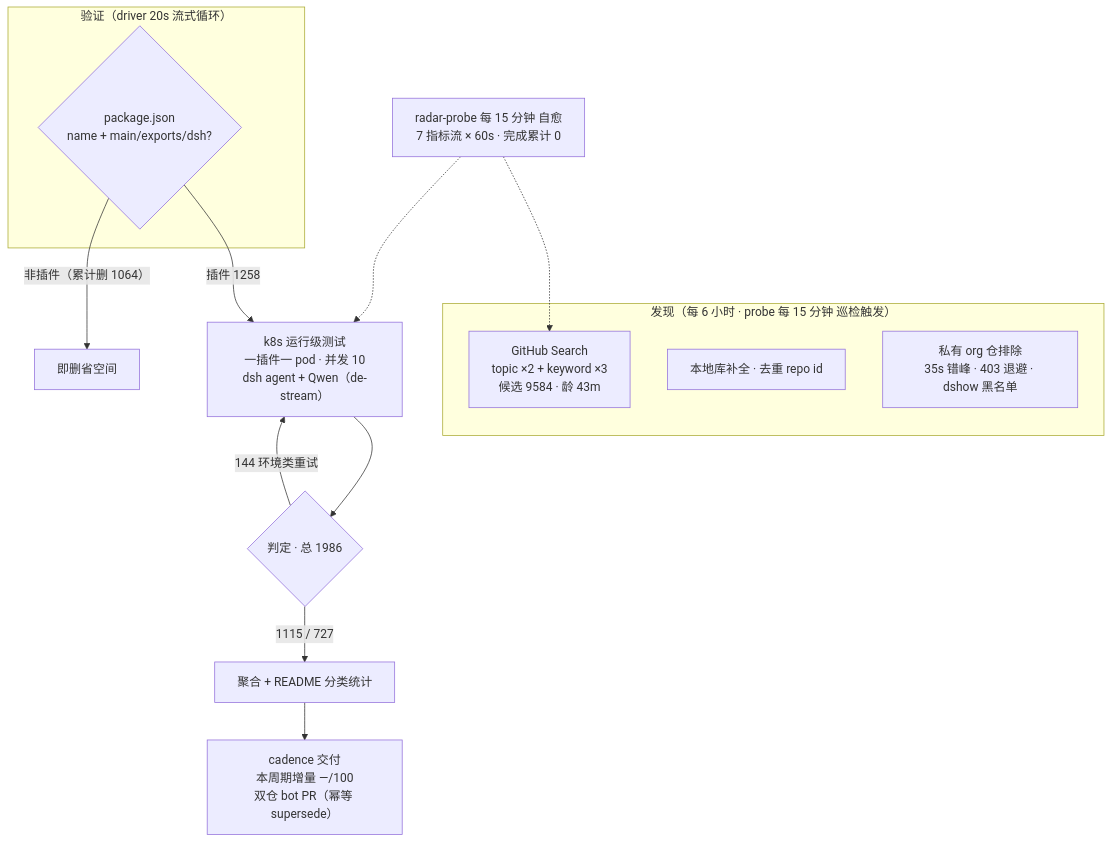
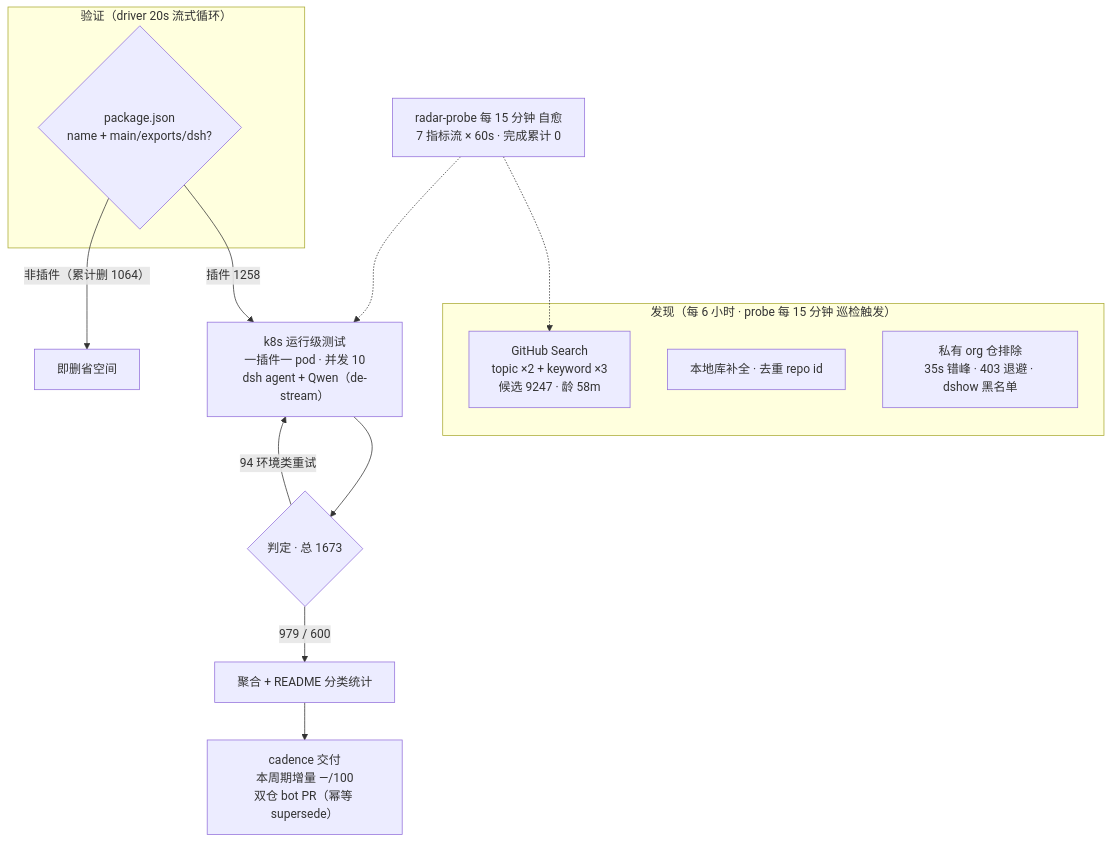
The diagram in README.md (Zhidao-Lab-OSS/awesome-dsh-plugins), drawn with Mermaid before and after one commit. The commit also changed other lines of this file and 1 other file, not shown here.

````diff
--- a/README.md
+++ b/README.md
@@ -37,19 +37,19 @@
 ```mermaid
 flowchart TB
     subgraph Discovery[" 发现（每 6 小时 · probe 每 15 分钟 巡检触发）"]
-        A1["GitHub Search<br/>topic ×2 + keyword ×3<br/>候选 9584 · 龄 43m"]
+        A1["GitHub Search<br/>topic ×2 + keyword ×3<br/>候选 9247 · 龄 58m"]
         A2["本地库补全 · 去重 repo id"]
         A3[" 私有 org 仓排除<br/>35s 错峰 · 403 退避 · dshow 黑名单"]
     end
     subgraph Validation[" 验证（driver 20s 流式循环）"]
         B1{"package.json<br/>name + main/exports/dsh?"}
     end
     B1 -->|"插件 1258"| C1["k8s 运行级测试<br/>一插件一 pod · 并发 10<br/>dsh agent + Qwen（de-stream）"]
     B1 -->|"非插件（累计删 1064）"| B3[" 即删省空间"]
-    C1 --> D1{"判定 · 总 1986"}
-    D1 -->|" 1115 /  727"| E1["聚合 + README 分类统计"]
-    D1 -->|" 144 环境类重试"| C1
+    C1 --> D1{"判定 · 总 1673"}
+    D1 -->|" 979 /  600"| E1["聚合 + README 分类统计"]
+    D1 -->|" 94 环境类重试"| C1
     E1 --> E2["cadence 交付<br/>本周期增量 —/100<br/>双仓 bot PR（幂等 supersede）"]
     M[" radar-probe 每 15 分钟 自愈<br/>7 指标流 × 60s · 完成累计 0"] -.-> A1
     M -.-> C1
 ```
````
